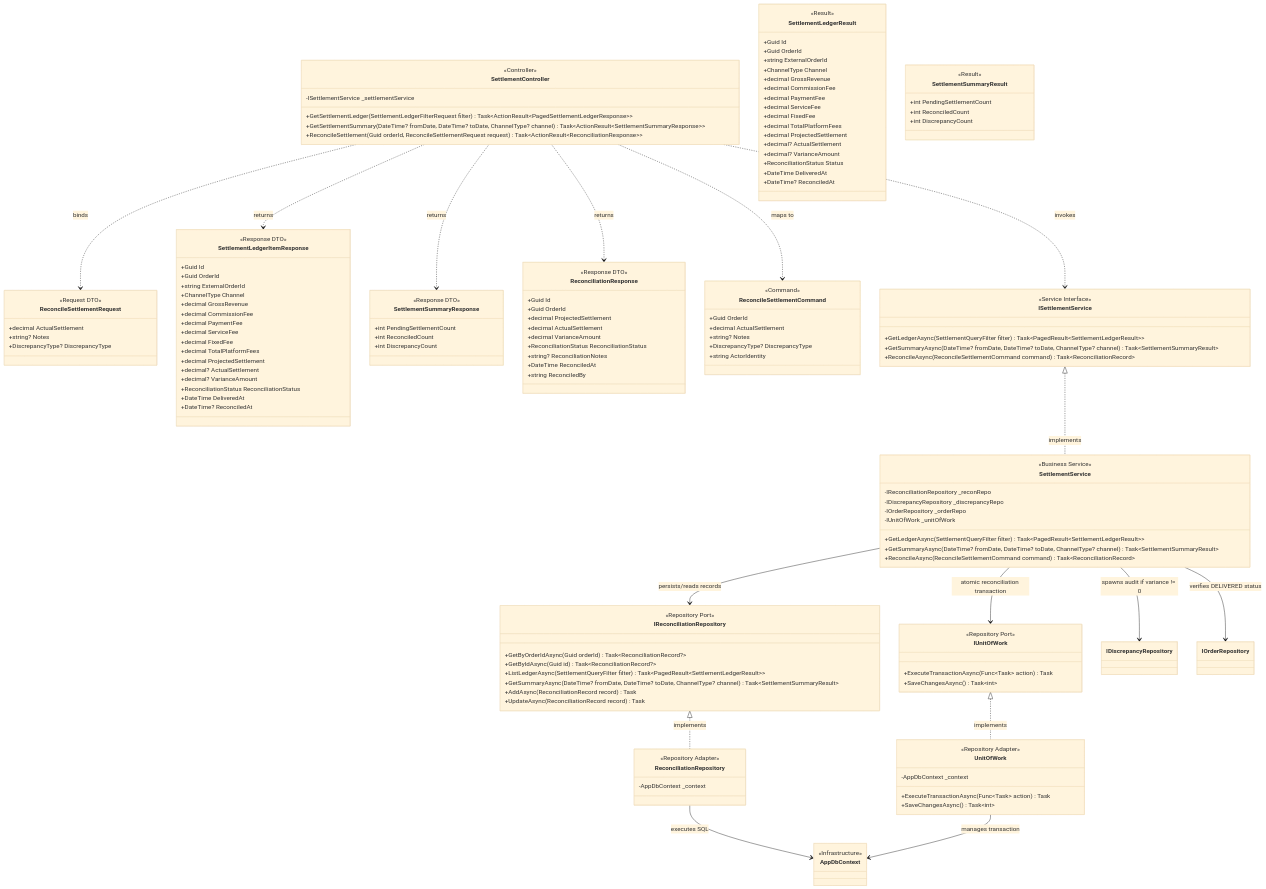
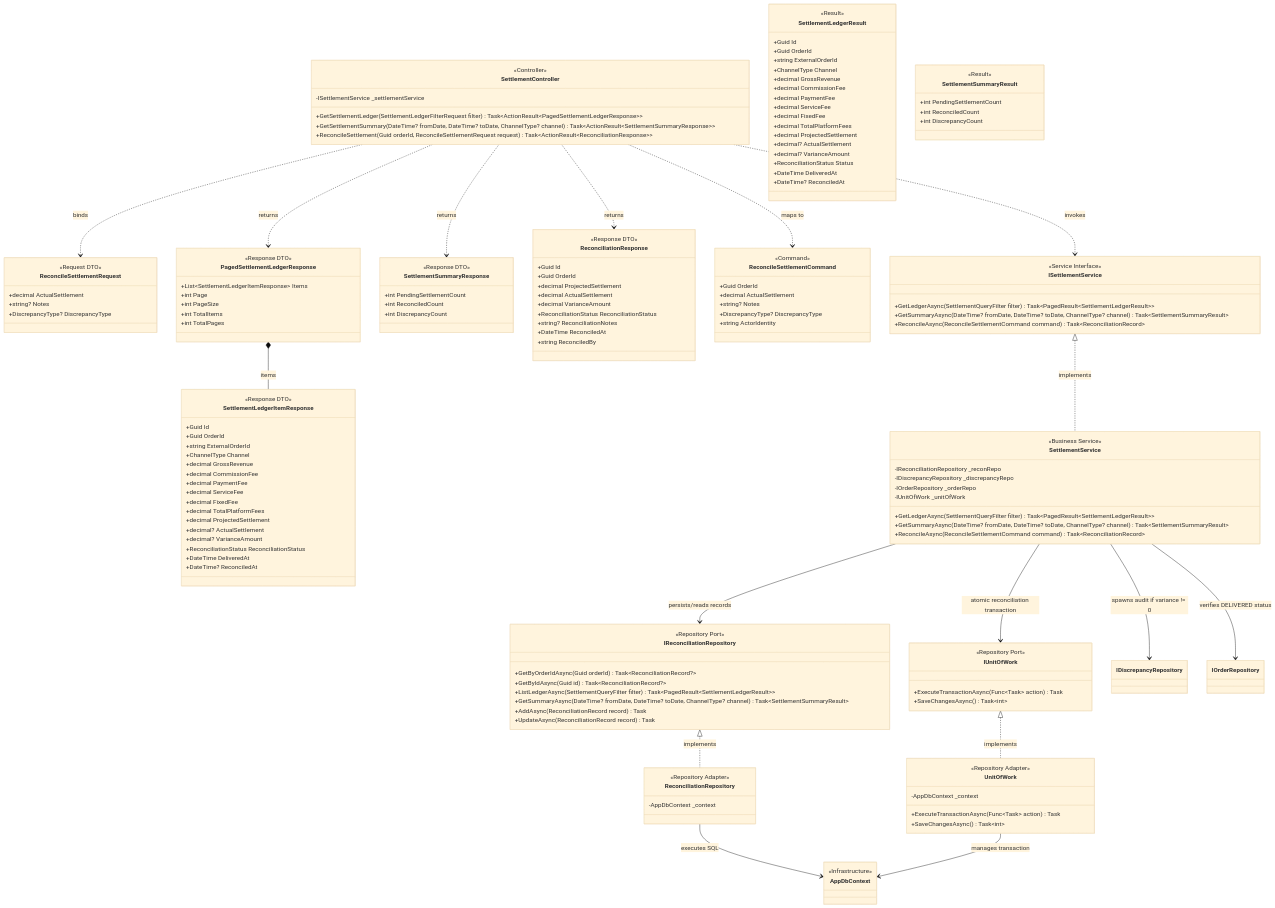
Before and after one commit to duchoa0405/Quanly_DoanhThu_LoiNhuan_DangDucHoa_VSF: the first of 3 diagrams in docs/architecture/class_diagram_settlement_discrepancy_en.md, drawn with Mermaid (base theme). The commit also changed 5 other files, not shown here.

Commit message:
docs(architecture): complete wrapper DTOs across Catalog, Orders, Settlement, and Analytics

```diff
--- a/docs/architecture/class_diagram_settlement_discrepancy_en.md
+++ b/docs/architecture/class_diagram_settlement_discrepancy_en.md
@@ -50,6 +50,15 @@
         +decimal ActualSettlement
         +string? Notes
         +DiscrepancyType? DiscrepancyType
+    }
+
+    class PagedSettlementLedgerResponse {
+        <<Response DTO>>
+        +List~SettlementLedgerItemResponse~ Items
+        +int Page
+        +int PageSize
+        +int TotalItems
+        +int TotalPages
     }
 
     class SettlementLedgerItemResponse {
@@ -186,9 +195,11 @@
     SettlementController ..> ISettlementService : invokes
     SettlementController ..> ReconcileSettlementRequest : binds
     SettlementController ..> ReconcileSettlementCommand : maps to
-    SettlementController ..> SettlementLedgerItemResponse : returns
+    SettlementController ..> PagedSettlementLedgerResponse : returns
     SettlementController ..> SettlementSummaryResponse : returns
     SettlementController ..> ReconciliationResponse : returns
+
+    PagedSettlementLedgerResponse *-- SettlementLedgerItemResponse : items
 
     ISettlementService <|.. SettlementService : implements
     SettlementService --> IReconciliationRepository : persists/reads records
```
